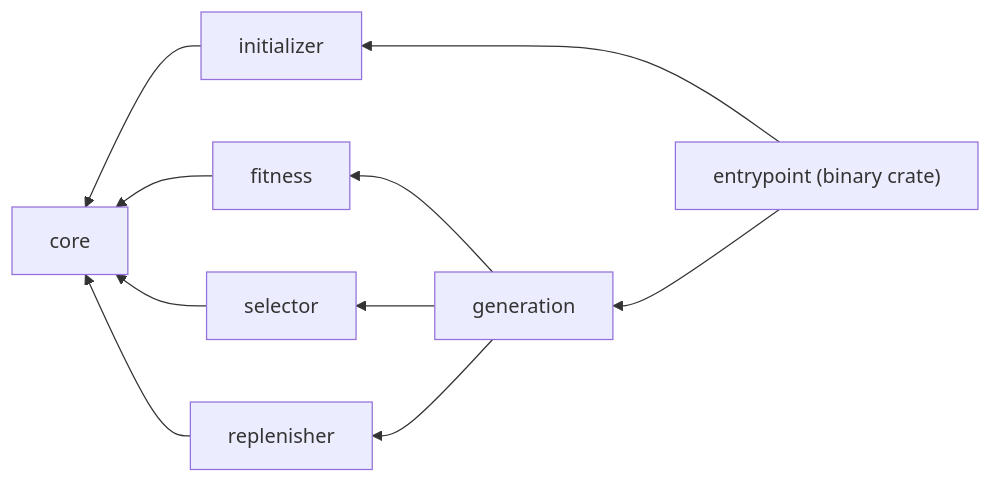
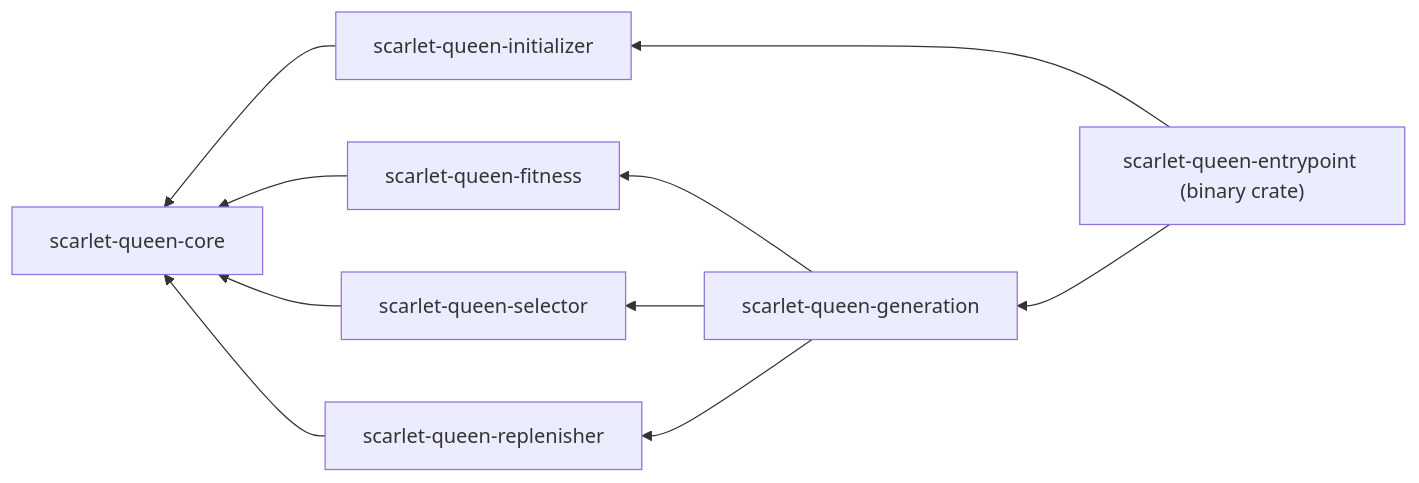
One commit to pokemon-GA/scarlet-queen changed the first of 3 diagrams in README.md. Above: the diagram before and after it, drawn with Mermaid. The commit also changed other lines of this file, not shown here.

````diff
--- a/README.md
+++ b/README.md
@@ -13,14 +13,14 @@
 ```mermaid
 flowchart RL
-    initializer[initializer] --> core[core]
-    fitness[fitness] --> core[core]
-    selector[selector] --> core[core]
-    replenisher[replenisher] --> core[core]
+    initializer[scarlet-queen-initializer] --> core[scarlet-queen-core]
+    fitness[scarlet-queen-fitness] --> core[scarlet-queen-core]
+    selector[scarlet-queen-selector] --> core[scarlet-queen-core]
+    replenisher[scarlet-queen-replenisher] --> core[scarlet-queen-core]
 
-    generation[generation] --> fitness[fitness]
-    generation[generation] --> selector[selector]
-    generation[generation] --> replenisher[replenisher]
+    generation[scarlet-queen-generation] --> fitness[scarlet-queen-fitness]
+    generation[scarlet-queen-generation] --> selector[scarlet-queen-selector]
+    generation[scarlet-queen-generation] --> replenisher[scarlet-queen-replenisher]
 
-    entrypoint["entrypoint (binary crate)"] --> initializer[initializer]
-    entrypoint["entrypoint (binary crate)"] --> generation[generation]
+    entrypoint["scarlet-queen-entrypoint (binary crate)"] --> initializer[scarlet-queen-initializer]
+    entrypoint["scarlet-queen-entrypoint (binary crate)"] --> generation[scarlet-queen-generation]
 ```
````
